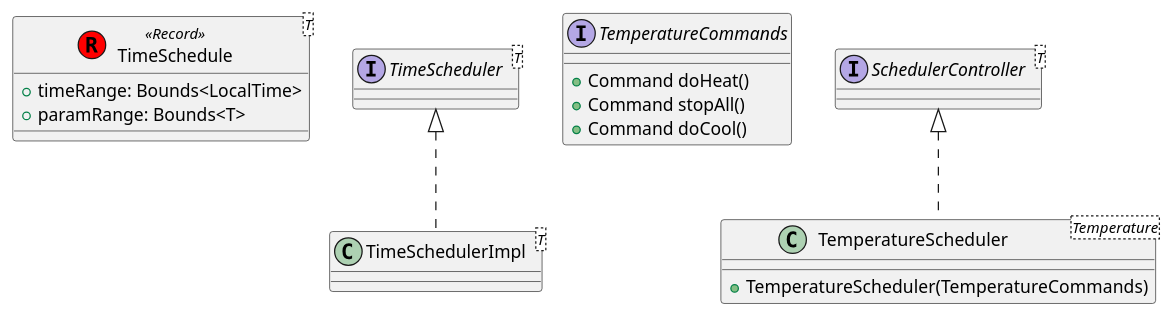
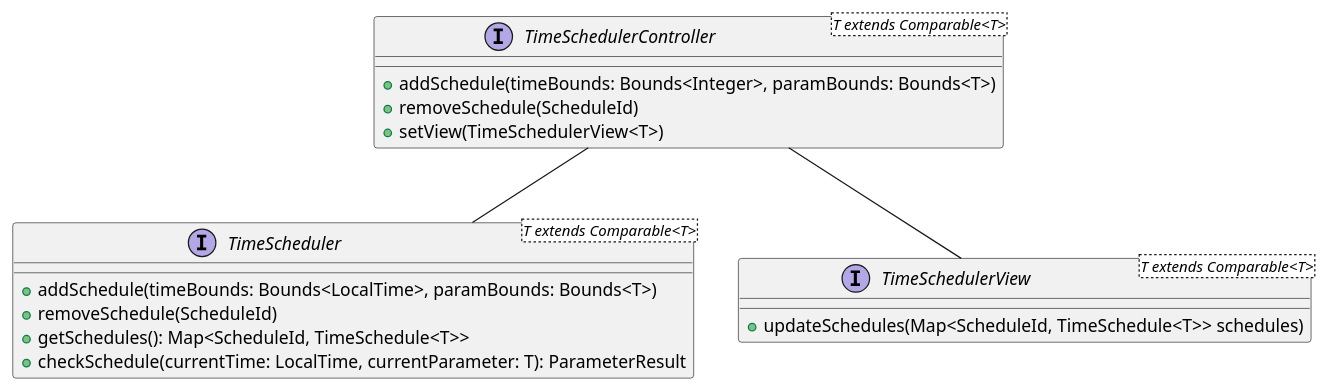
One commit to progetto-oop-22-23/OOP-report changed the diagram in magnani/uml/scheduler.puml. Above: the diagram before and after it, drawn with PlantUML. The commit also changed 28 other files, not shown here.

```diff
--- a/magnani/uml/scheduler.puml
+++ b/magnani/uml/scheduler.puml
@@ -1,29 +1,25 @@
 @startuml scheduler
 
 ' left to right direction
 
-
-class TimeSchedule<T> << Record >> << (R, red) >> {
-	+ timeRange: Bounds<LocalTime>
-	+ paramRange: Bounds<T>
+interface TimeScheduler<T extends Comparable<T>> {
+	+ addSchedule(timeBounds: Bounds<LocalTime>, paramBounds: Bounds<T>)
+	+ removeSchedule(ScheduleId)
+	+ getSchedules(): Map<ScheduleId, TimeSchedule<T>>
+	+ checkSchedule(currentTime: LocalTime, currentParameter: T): ParameterResult
 }
 
-interface TimeScheduler<T> {}
-class TimeSchedulerImpl<T> implements TimeScheduler {}
-
-interface TemperatureCommands {
-	+ Command doHeat()
-	+ Command stopAll()
-	+ Command doCool()
+interface TimeSchedulerController<T extends Comparable<T>> {
+	+ addSchedule(timeBounds: Bounds<Integer>, paramBounds: Bounds<T>)
+	+ removeSchedule(ScheduleId)
+	+ setView(TimeSchedulerView<T>)
 }
 
-interface SchedulerController<T> {
-
+interface TimeSchedulerView<T extends Comparable<T>> {
+	+ updateSchedules(Map<ScheduleId, TimeSchedule<T>> schedules)
 }
 
-class TemperatureScheduler<Temperature> implements SchedulerController {
-	+ TemperatureScheduler(TemperatureCommands)
-}
-
+TimeSchedulerController -- TimeScheduler
+TimeSchedulerController -- TimeSchedulerView
 
 @enduml
```
